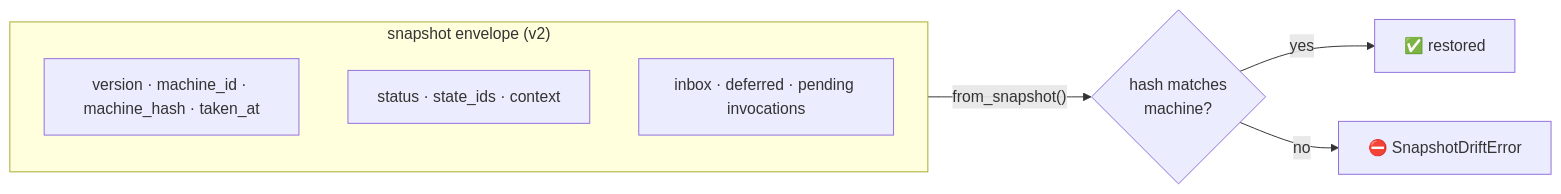
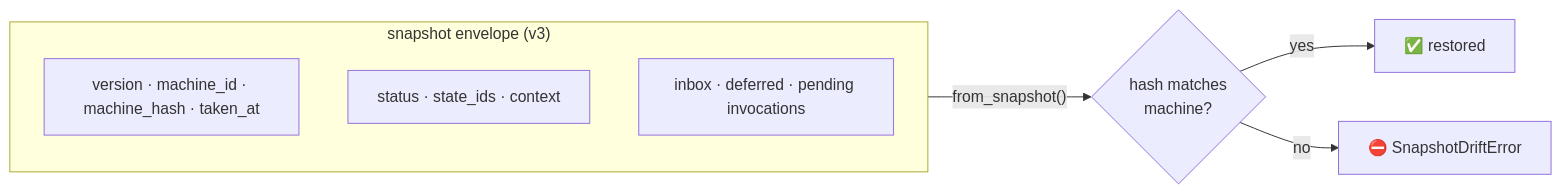
One commit to basiltt/xstate-statemachine changed the second of 2 diagrams in docs/_guide/snapshots.md. Above: the diagram before and after it, drawn with Mermaid. The commit also changed other lines of this file and 18 other files, not shown here.

````diff
--- a/docs/_guide/snapshots.md
+++ b/docs/_guide/snapshots.md
@@ -232,12 +234,12 @@
 ```mermaid
 flowchart LR
-    subgraph env["snapshot envelope (v2)"]
+    subgraph env["snapshot envelope (v3)"]
         direction TB
         H["version · machine_id · machine_hash · taken_at"]
         B["status · state_ids · context"]
         Q["inbox · deferred · pending invocations"]
     end
     env -- "from_snapshot()" --> C{"hash matches<br/>machine?"}
     C -- yes --> R["✅ restored"]
     C -- no --> D["⛔ SnapshotDriftError"]
 ```
````
